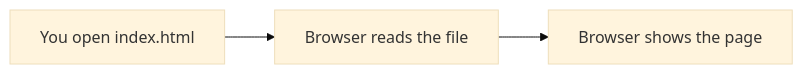
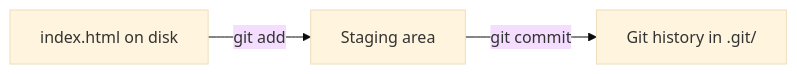
Before and after one commit to vedanta/box-runner: the diagram in docs/architecture.md, drawn with Mermaid (base theme). The commit also changed other lines of this file and 8 other files, not shown here.

````diff
--- a/docs/architecture.md
+++ b/docs/architecture.md
@@ -16,5 +15,5 @@
 ```mermaid
 flowchart LR
-  A[You open index.html] --> B[Browser reads the file]
-  B --> C[Browser shows the page]
+  A[index.html on disk] -->|git add| B[Staging area]
+  B -->|git commit| C[Git history in .git/]
 ```
````
